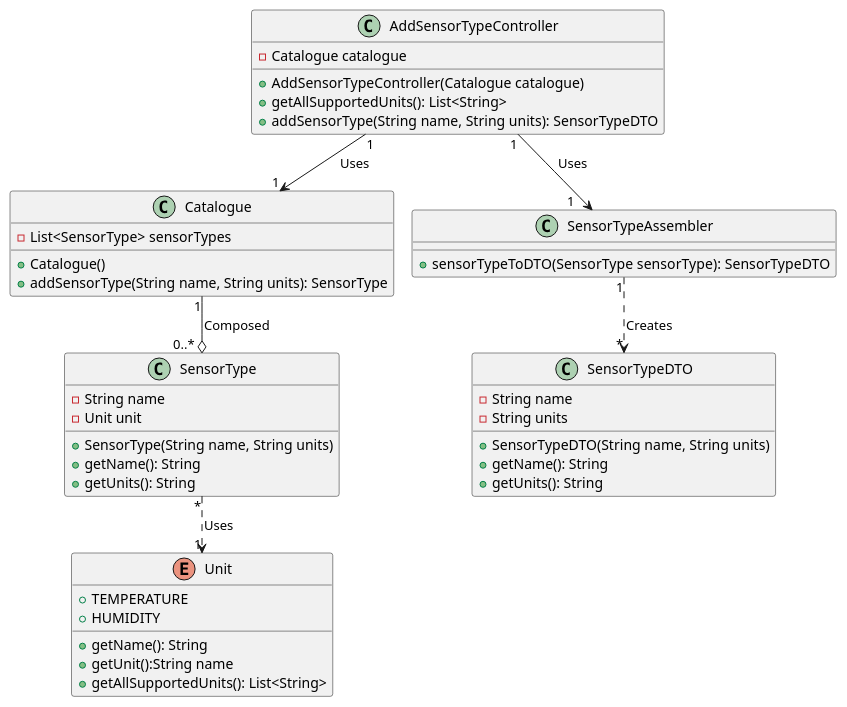
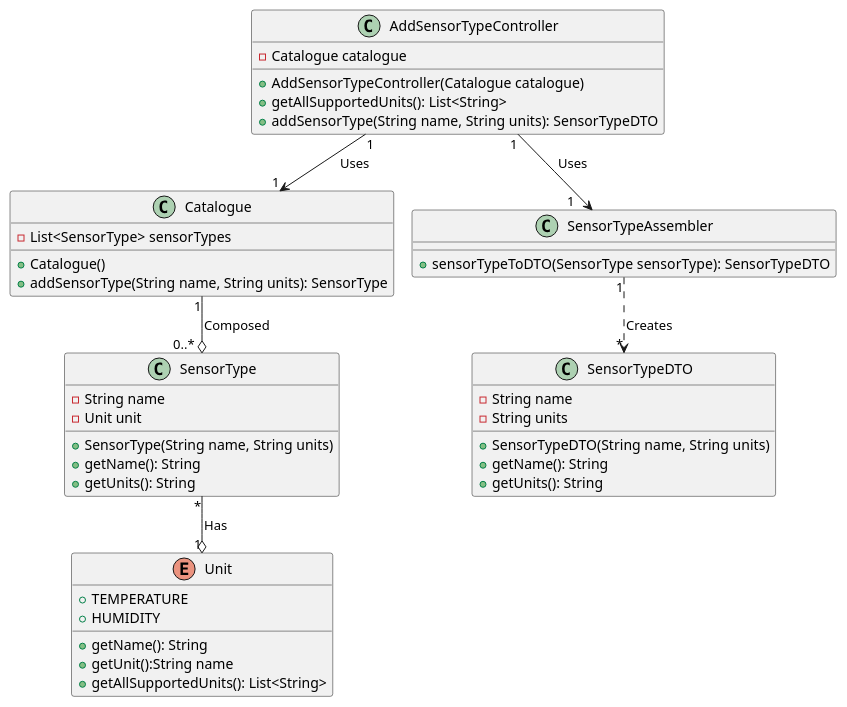
The diagram in docs/ood/classDiagram/US04AddSupportedSensorType.puml (olivDiogo/SmartHome), drawn with PlantUML before and after one commit.

Commit message:
#4 Fixed class diagram to better represent relationship

```diff
--- a/docs/ood/classDiagram/US04AddSupportedSensorType.puml
+++ b/docs/ood/classDiagram/US04AddSupportedSensorType.puml
@@ -1,51 +1,51 @@
 @startuml
 !pragma layout smetana
 top to bottom direction
 skinparam linetype ortho
 
 class AddSensorTypeController {
 -Catalogue catalogue
 +AddSensorTypeController(Catalogue catalogue)
 +getAllSupportedUnits(): List<String>
 +addSensorType(String name, String units): SensorTypeDTO
 }
 class Catalogue {
 -List<SensorType> sensorTypes
 +Catalogue()
 +addSensorType(String name, String units): SensorType
 }
 class SensorType {
 -String name
 -Unit unit
 +SensorType(String name, String units)
 +getName(): String
 +getUnits(): String
 }
 enum Unit {
 +TEMPERATURE
 +HUMIDITY
 +getName(): String
 +getUnit():String name
 +getAllSupportedUnits(): List<String>
 }
 class SensorTypeAssembler {
 
 +sensorTypeToDTO(SensorType sensorType): SensorTypeDTO
 
 }
 class SensorTypeDTO {
 -String name
 -String units
 +SensorTypeDTO(String name, String units)
 +getName(): String
 +getUnits(): String
 }
 
 AddSensorTypeController "1"-->"1" Catalogue: Uses
 Catalogue "1"--o "0..*  " SensorType: Composed
-SensorType "*"..>"1" Unit: Uses
+SensorType "*"--o "1" Unit: Has
 AddSensorTypeController "1"-->"1     " SensorTypeAssembler: Uses
 SensorTypeAssembler "1"..>"*" SensorTypeDTO: Creates
 
 
 @enduml
```
